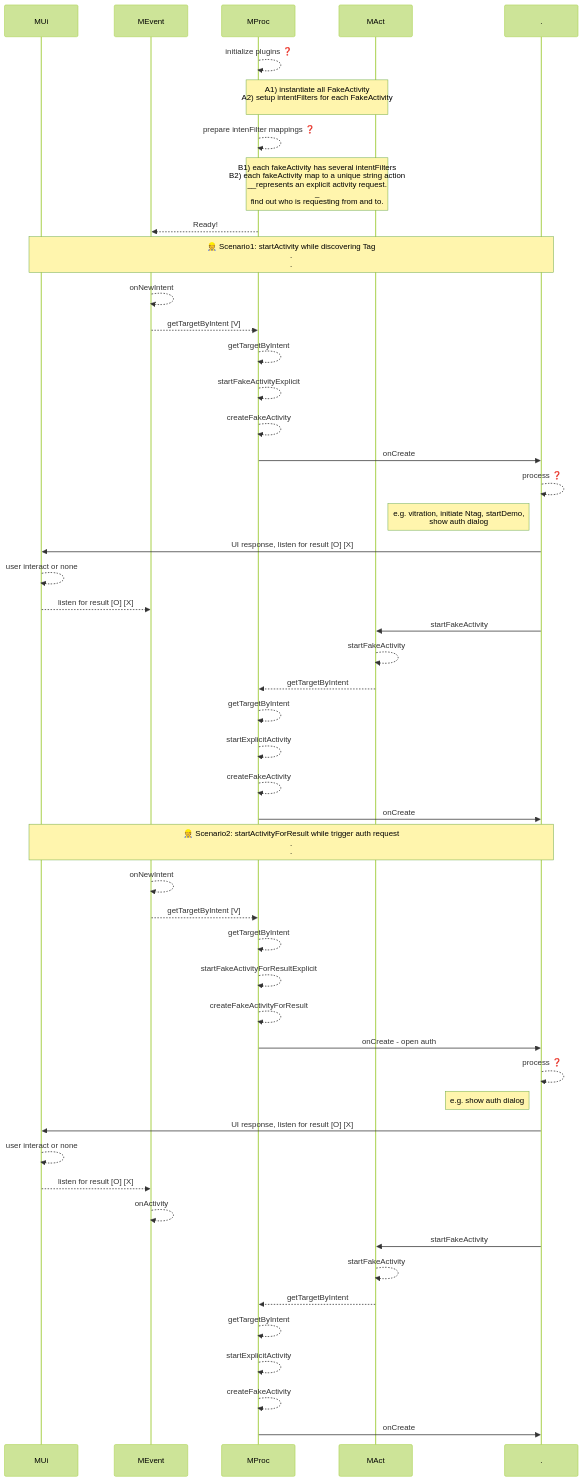
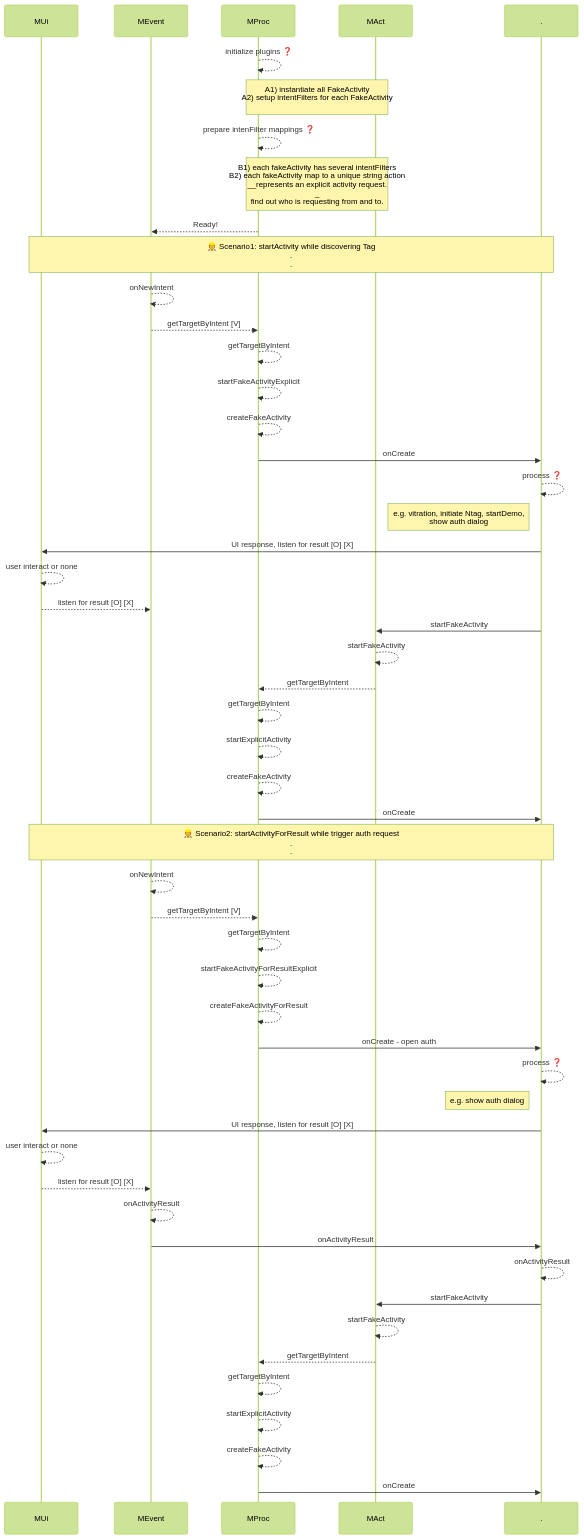
One commit to gordianknotC/nxp_note changed the third of 7 diagrams in flutter/android_to_flutter.md. Above: the diagram before and after it, drawn with Mermaid (forest theme). The commit also changed other lines of this file, not shown here.

````diff
--- a/flutter/android_to_flutter.md
+++ b/flutter/android_to_flutter.md
@@ -52,63 +52,65 @@
 ```mermaid
 sequenceDiagram
 participant MUi
 participant MEvent
 participant MProc
 participant MAct
 participant .
 
 MProc-->>MProc: initialize plugins ❓
 Note over MProc,MAct: A1) instantiate all FakeActivity<br>A2) setup intentFilters for each FakeActivity<br>
 
 MProc-->>MProc: prepare intenFilter mappings ❓
 
 Note over MProc, MAct: B1) each fakeActivity has several intentFilters<br>B2) each fakeActivity map to a unique string action<br>__represents an explicit activity request.<br>_<br> find out who is requesting from and to.
 
 MProc-->>MEvent: Ready!
 
 
 Note over MUi, .: 👷 Scenario1: startActivity while discovering Tag<br>.<br>.
 MEvent-->>MEvent: onNewIntent
 
 MEvent-->>MProc: getTargetByIntent [V]
 MProc-->>MProc: getTargetByIntent
 MProc-->>MProc: startFakeActivityExplicit
 MProc-->>MProc: createFakeActivity
 MProc->> . : onCreate
 . -->> . : process ❓
 Note left of .: e.g. vitration, initiate Ntag, startDemo,<br>show auth dialog
 . ->> MUi: UI response, listen for result [O] [X]
 MUi -->> MUi: user interact or none
 MUi -->> MEvent: listen for result  [O] [X]
 . ->> MAct: startFakeActivity
 MAct -->> MAct: startFakeActivity
 MAct -->> MProc: getTargetByIntent
 MProc -->> MProc: getTargetByIntent
 MProc -->> MProc: startExplicitActivity
 MProc -->> MProc: createFakeActivity
 MProc ->> . : onCreate
 
 
 Note over MUi, .: 👷 Scenario2: startActivityForResult while trigger auth request<br>.<br>.
 MEvent-->>MEvent: onNewIntent
 MEvent-->>MProc: getTargetByIntent [V]
 MProc-->>MProc: getTargetByIntent
 MProc-->>MProc: startFakeActivityForResultExplicit
 MProc-->>MProc: createFakeActivityForResult
 MProc->> . : onCreate - open auth
 . -->> . : process ❓
 Note left of .: e.g. show auth dialog
 . ->> MUi: UI response, listen for result [O] [X]
 MUi -->> MUi: user interact or none
 MUi -->> MEvent: listen for result  [O] [X]
-MEvent -->> MEvent: onActivity
+MEvent -->> MEvent: onActivityResult
+MEvent ->> . : onActivityResult
+. -->> . : onActivityResult
 . ->> MAct: startFakeActivity
 MAct -->> MAct: startFakeActivity
 MAct -->> MProc: getTargetByIntent
 MProc -->> MProc: getTargetByIntent
 MProc -->> MProc: startExplicitActivity
 MProc -->> MProc: createFakeActivity
 MProc ->> . : onCreate
 
 
 ```
````
